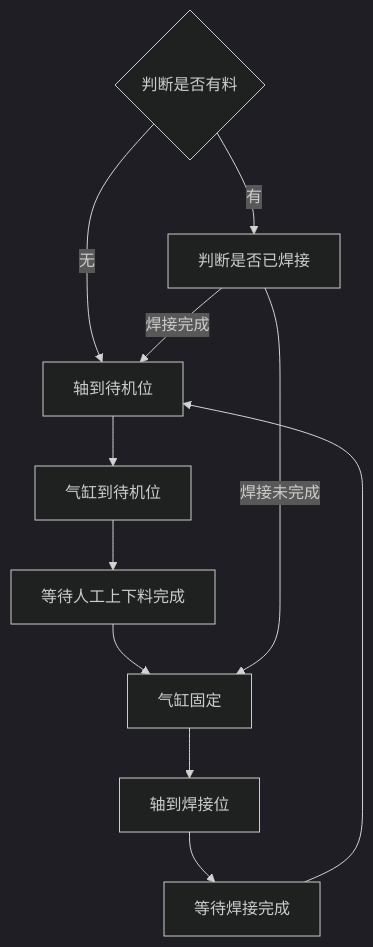
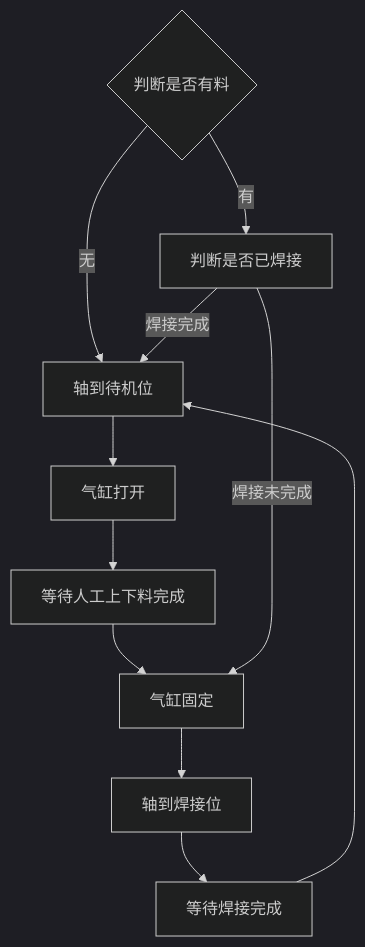
One commit to PengKun1/iodraw-files changed the diagram in all/OP10 上料工位自动流程.md. Above: the diagram before and after it, drawn with Mermaid (dark theme).

Commit message:
2024-08-02 11:10:30 update

````diff
--- a/all/OP10 上料工位自动流程.md
+++ b/all/OP10 上料工位自动流程.md
@@ -1,14 +1,14 @@
 ```mermaid
 graph TD
 10{判断是否有料}-->|无|20
 10-->|有|900
 20[轴到待机位]-->30
-30[气缸到待机位]-->40
+30[气缸打开]-->40
 40[等待人工上下料完成]-->50
 50[气缸固定]-->60
 60[轴到焊接位]-->70
 70[等待焊接完成]-->20
 
 900[判断是否已焊接]-->| 焊接完成|20
 900-->|焊接未完成|50
 ```
````
